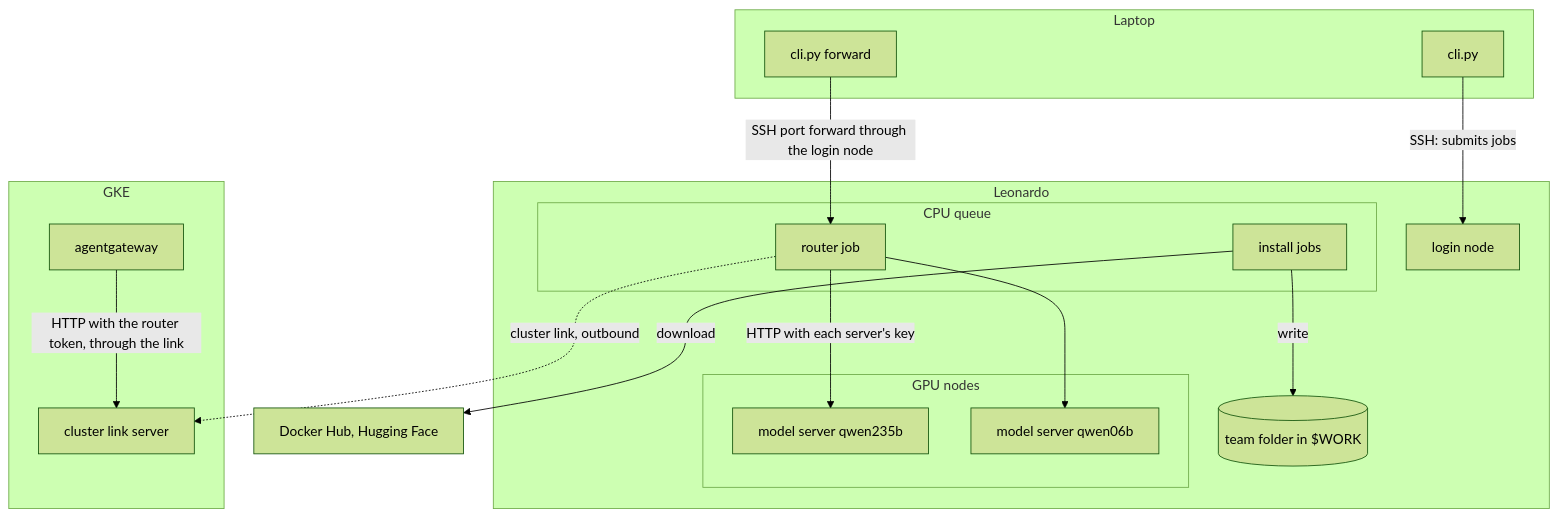
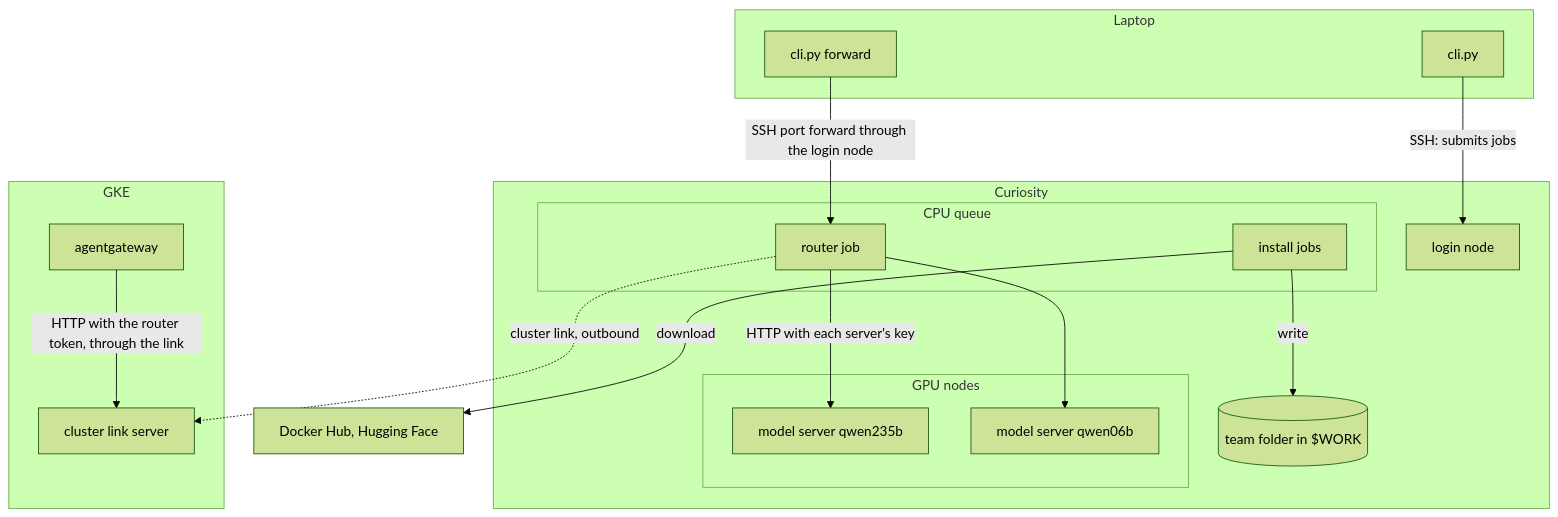
One commit to rdisanto/european-ai-hackathon-2026 changed the first of 2 diagrams in curiosity/docs/how-it-works.md. Above: the diagram before and after it, drawn with Mermaid (forest theme). The commit also changed other lines of this file and 50 other files, not shown here.

````diff
--- a/curiosity/docs/how-it-works.md
+++ b/curiosity/docs/how-it-works.md
@@ -25,32 +25,32 @@
 ```mermaid
 flowchart TB
   subgraph Laptop
     CLI[cli.py]
     FWD[cli.py forward]
   end
-  subgraph Leonardo
+  subgraph Curiosity
     LOGIN[login node]
     subgraph CPU["CPU queue"]
       INSTALL[install jobs]
       ROUTER[router job]
     end
     subgraph GPU["GPU nodes"]
       M1[model server qwen235b]
       M2[model server qwen06b]
     end
     BASE[(team folder in $WORK)]
   end
   subgraph GKE
     AGW[agentgateway]
     LINK[cluster link server]
   end
   NET[Docker Hub, Hugging Face]
   CLI -- "SSH: submits jobs" --> LOGIN
   FWD -- "SSH port forward through the login node" --> ROUTER
   INSTALL -- "download" --> NET
   INSTALL -- "write" --> BASE
   ROUTER -- "HTTP with each server's key" --> M1
   ROUTER --> M2
   ROUTER -. "cluster link, outbound" .-> LINK
   AGW -- "HTTP with the router token, through the link" --> LINK
 ```
````
